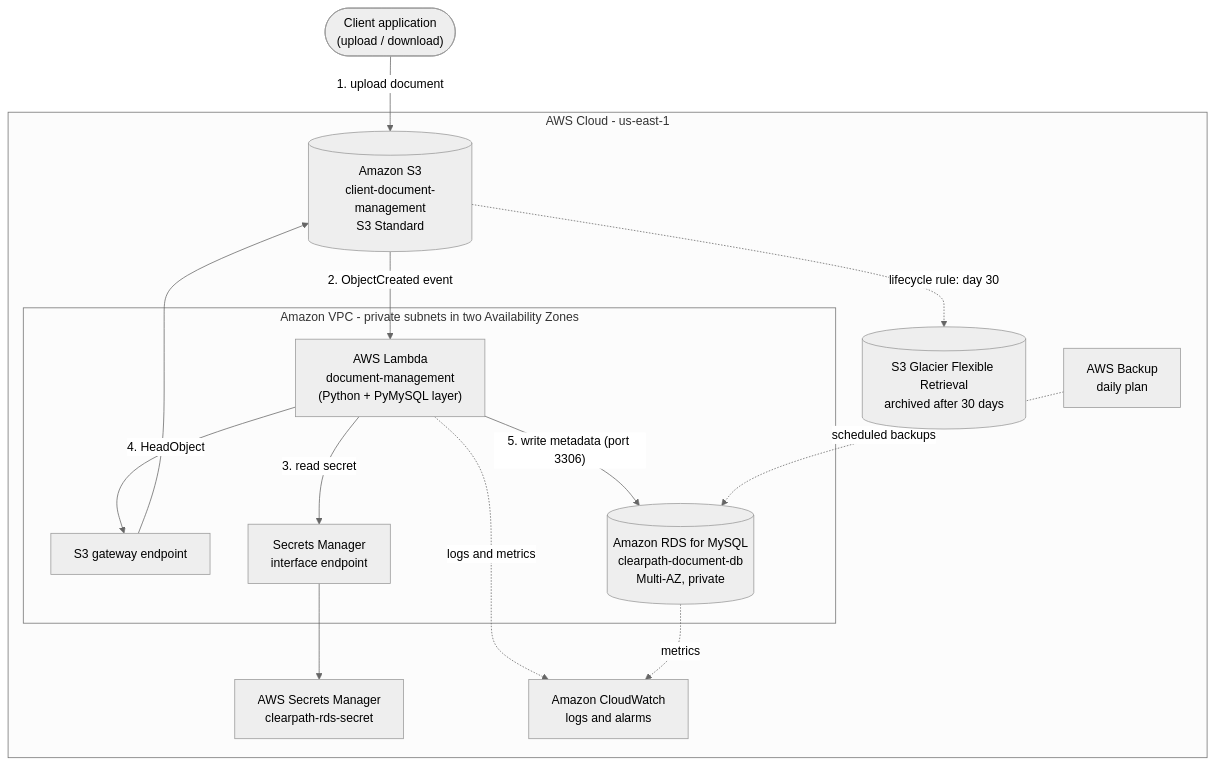
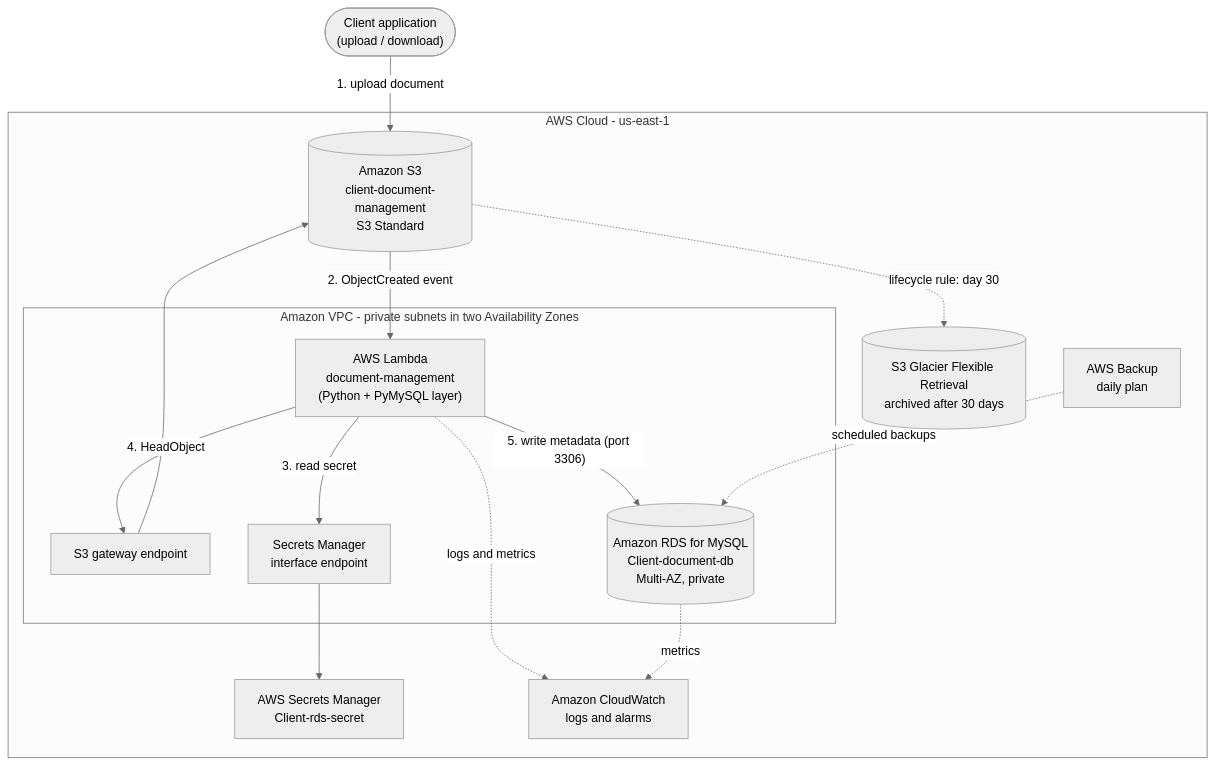
Before and after one commit to CeejayB3-human/Document-Management-platform: the diagram in README.md, drawn with Mermaid (neutral theme). The commit also changed other lines of this file, not shown here.

````diff
--- a/README.md
+++ b/README.md
@@ -12,32 +12,32 @@
 ```mermaid
 flowchart TB
     client(["Client application<br/>(upload / download)"])
 
     subgraph aws["AWS Cloud - us-east-1"]
         s3[("Amazon S3<br/>client-document-management<br/>S3 Standard")]
         glacier[("S3 Glacier Flexible Retrieval<br/>archived after 30 days")]
 
         subgraph vpc["Amazon VPC - private subnets in two Availability Zones"]
             lambda["AWS Lambda<br/>document-management<br/>(Python + PyMySQL layer)"]
             s3ep["S3 gateway endpoint"]
             smep["Secrets Manager<br/>interface endpoint"]
-            rds[("Amazon RDS for MySQL<br/>clearpath-document-db<br/>Multi-AZ, private")]
+            rds[("Amazon RDS for MySQL<br/>Client-document-db<br/>Multi-AZ, private")]
         end
 
-        secrets["AWS Secrets Manager<br/>clearpath-rds-secret"]
+        secrets["AWS Secrets Manager<br/>Client-rds-secret"]
         backup["AWS Backup<br/>daily plan"]
         cw["Amazon CloudWatch<br/>logs and alarms"]
     end
 
     client -->|"1. upload document"| s3
     s3 -->|"2. ObjectCreated event"| lambda
     lambda -->|"3. read secret"| smep
     smep --> secrets
     lambda -->|"4. HeadObject"| s3ep
     s3ep --> s3
     lambda -->|"5. write metadata (port 3306)"| rds
     s3 -.->|"lifecycle rule: day 30"| glacier
     backup -.->|"scheduled backups"| rds
     lambda -.->|"logs and metrics"| cw
     rds -.->|"metrics"| cw
 ```
````
